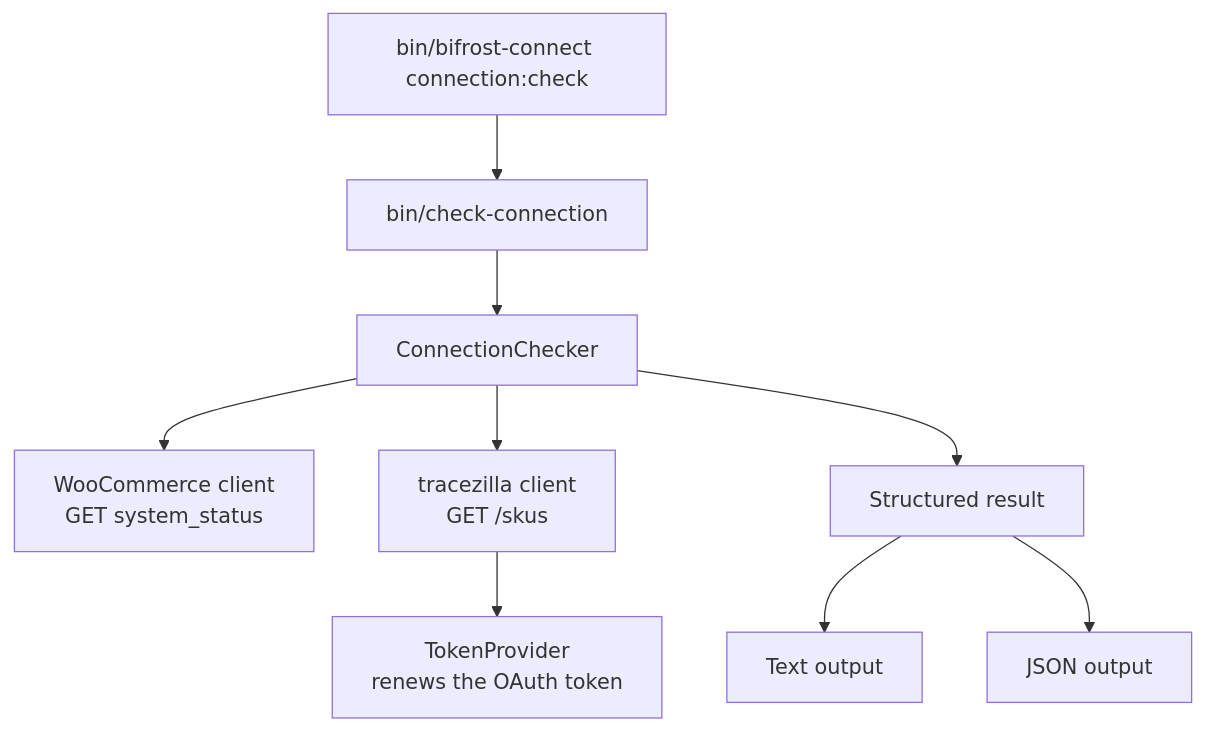
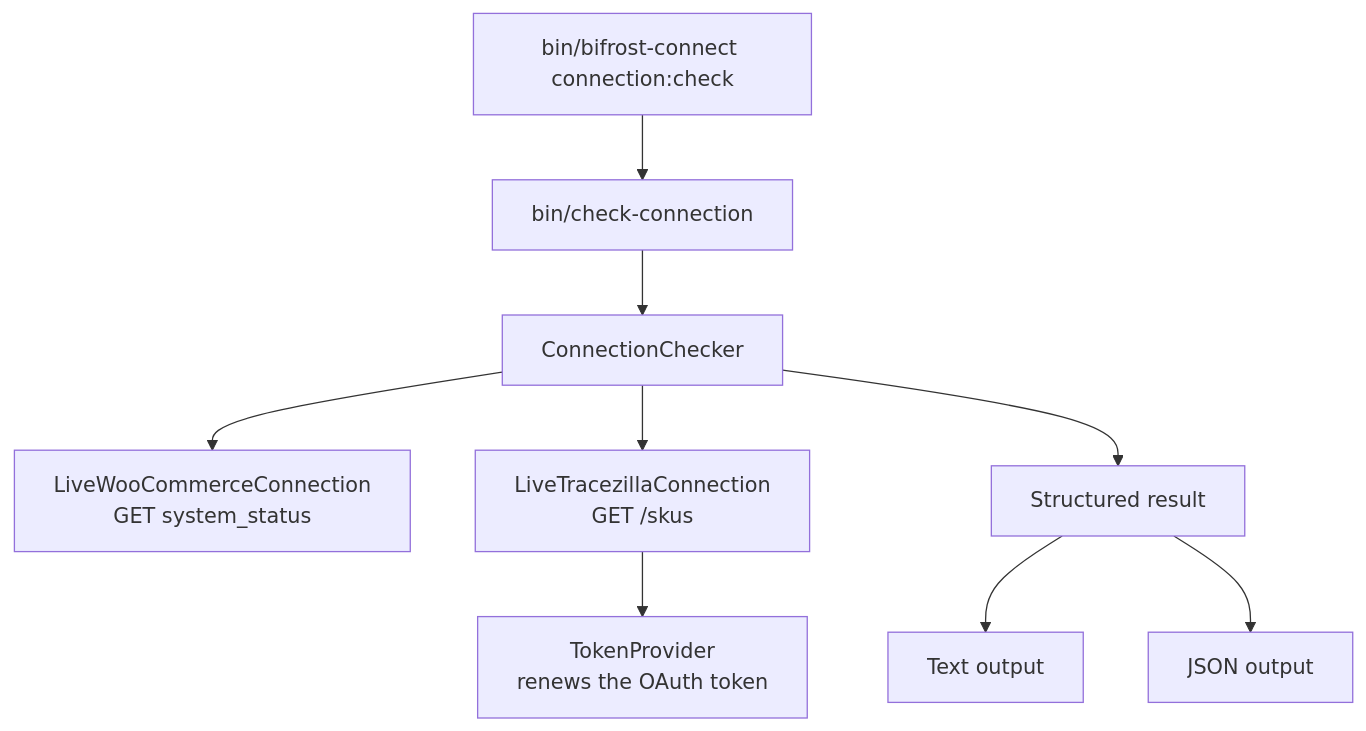
Before and after one commit to Happy-Bananas/tracezilla-integrations-docs: the diagram in woocommerce/check-connections.md, drawn with Mermaid. The commit also changed other lines of this file and 2 other files, not shown here.

Commit message:
Update the WooCommerce pages for the rewritten code

```diff
--- a/woocommerce/check-connections.md
+++ b/woocommerce/check-connections.md
@@ -118,11 +118,11 @@
 <pre class="mermaid">
 flowchart TB
     Entry[bin/bifrost-connect connection:check] --> Command[bin/check-connection]
     Command --> Checker[ConnectionChecker]
-    Checker --> Woo[WooCommerce client<br>GET system_status]
-    Checker --> TZ[tracezilla client<br>GET /skus]
+    Checker --> Woo[LiveWooCommerceConnection<br>GET system_status]
+    Checker --> TZ[LiveTracezillaConnection<br>GET /skus]
     TZ --> Tokens[TokenProvider<br>renews the OAuth token]
     Checker --> Result[Structured result]
     Result --> Text[Text output]
     Result --> Json[JSON output]
 </pre>
```
